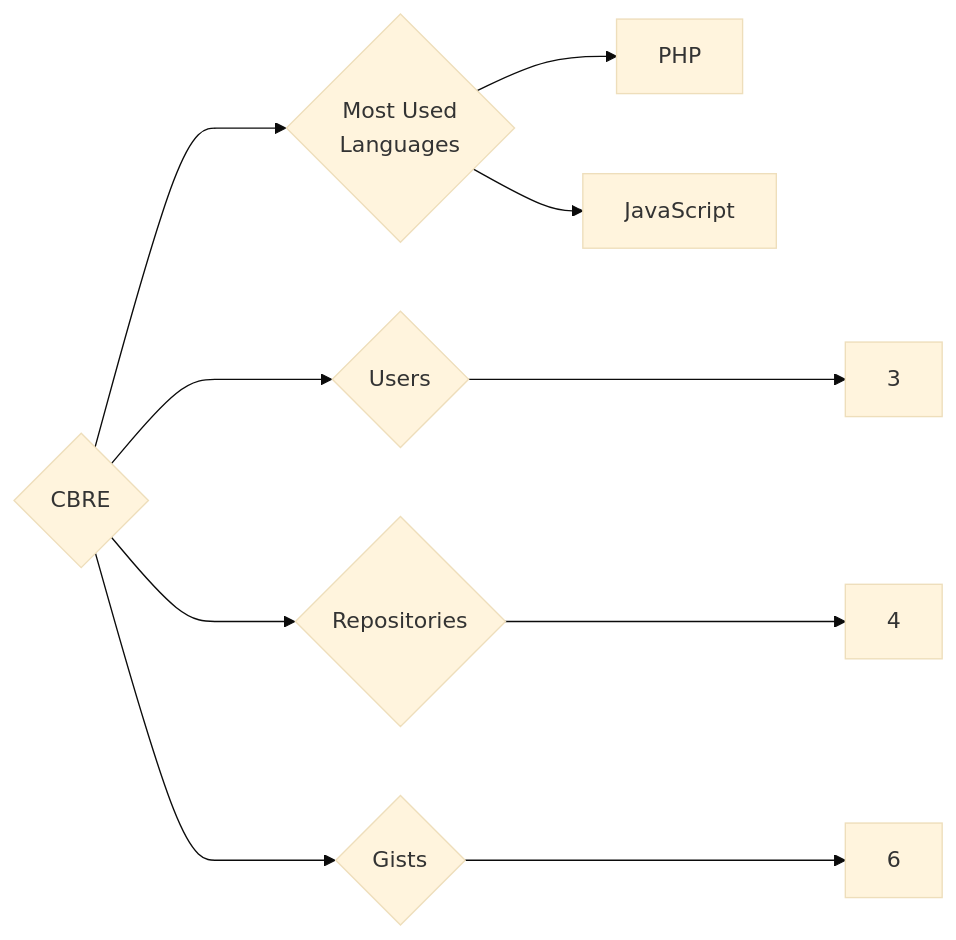
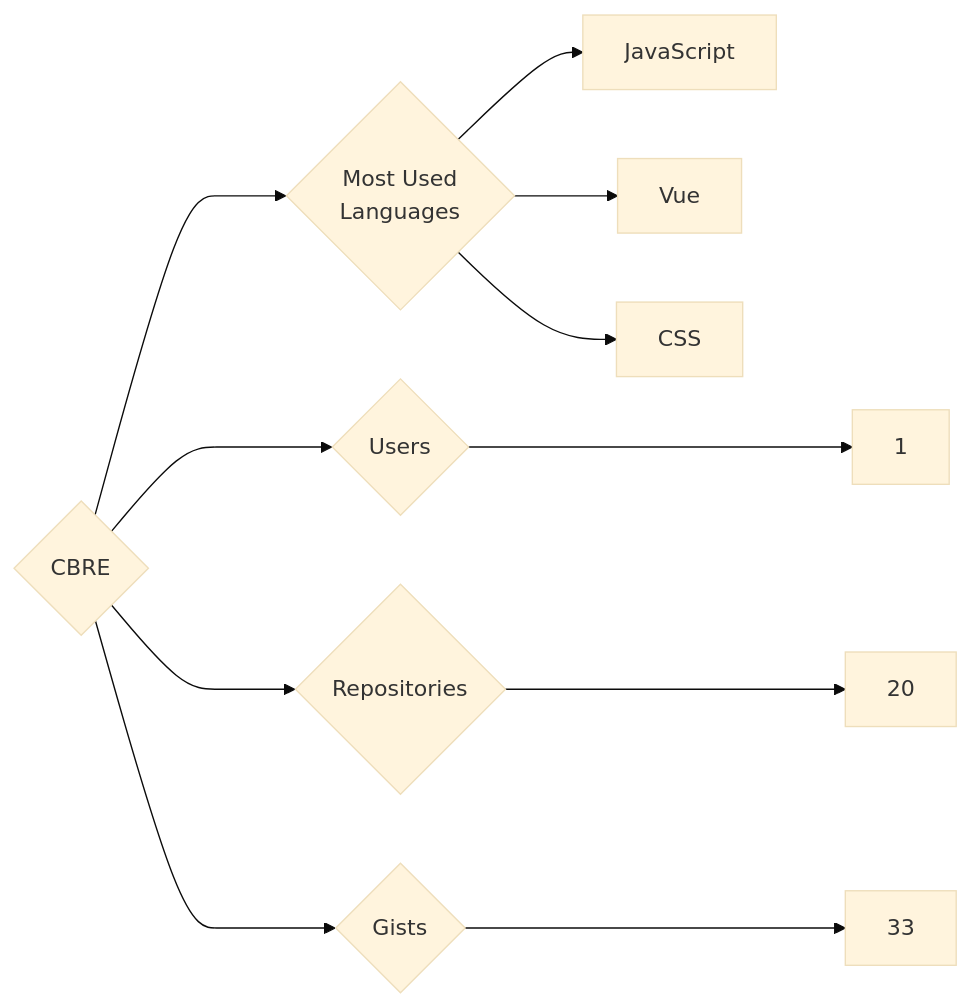
One commit to trickest/insiders changed the diagram in targets/CBRE/README.md. Above: the diagram before and after it, drawn with Mermaid (base theme). The commit also changed 776 other files, not shown here.

````diff
--- a/targets/CBRE/README.md
+++ b/targets/CBRE/README.md
@@ -3,10 +3,11 @@
 ```mermaid
 graph LR
 COMPANY_NAME{CBRE}
-COMPANY_NAME ---> U{Users} ---> UN[3]
-COMPANY_NAME ---> R{Repositories} ---> RN[4]
-COMPANY_NAME ---> G{Gists} ---> GN[6]
+COMPANY_NAME ---> U{Users} ---> UN[1]
+COMPANY_NAME ---> R{Repositories} ---> RN[20]
+COMPANY_NAME ---> G{Gists} ---> GN[33]
 COMPANY_NAME ---> ML{Most Used<br>Languages}
-ML --> PHP[PHP]
 ML --> JavaScript[JavaScript]
+ML --> Vue[Vue]
+ML --> CSS[CSS]
 ```
````
